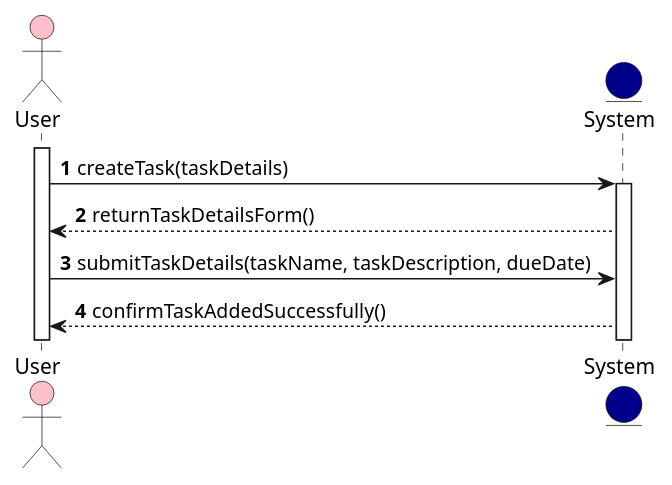
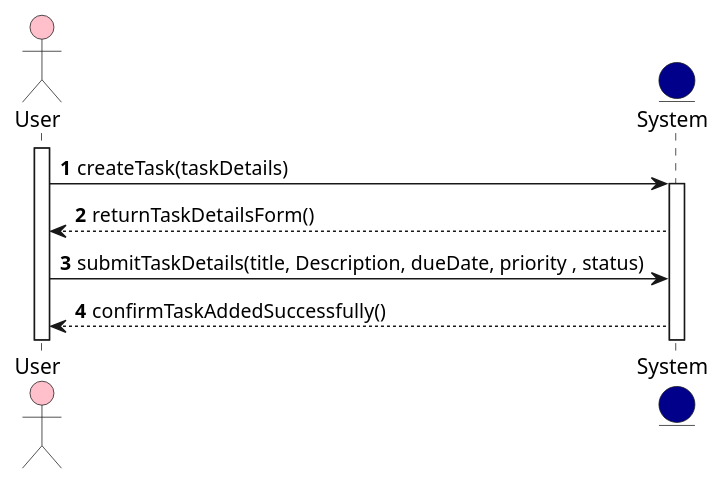
Before and after one commit to Wessam100/On-Time-: the diagram in AddTask(d).puml, drawn with PlantUML. The commit also changed 2 other files, not shown here.

```diff
--- a/AddTask(d).puml
+++ b/AddTask(d).puml
@@ -1,15 +1,15 @@
 @startuml
 'https://plantuml.com/sequence-diagram
 
 autonumber
 
 actor User #Pink
 entity System #darkblue
 activate User
 User -> System: createTask(taskDetails)
 activate System
 System --> User: returnTaskDetailsForm()
-User -> System: submitTaskDetails(taskName, taskDescription, dueDate)
+User -> System: submitTaskDetails(title, Description, dueDate, priority , status)
 System --> User: confirmTaskAddedSuccessfully()
 
 @enduml
```
